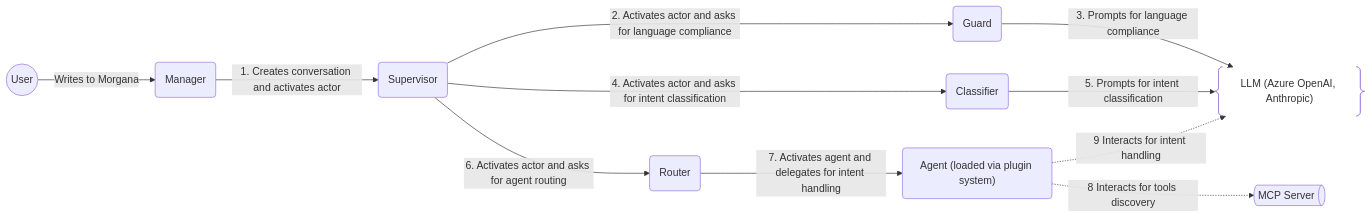
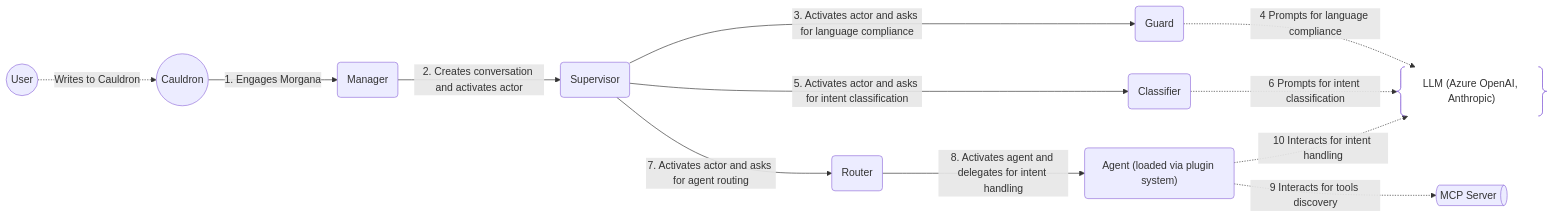
Before and after one commit to mdesalvo/Morgana: the first of 2 diagrams in README.md, drawn with Mermaid. The commit also changed other lines of this file, not shown here.

````diff
--- a/README.md
+++ b/README.md
@@ -47,18 +47,20 @@
 ```mermaid
 graph LR
-  U@{shape: circle, label: "User"} -- Writes to Morgana --> CM@{shape: rounded, label: "ConversationManager"}
-  CM@{shape: rounded, label: "Manager"} -- 1. Creates conversation and activates actor --> SV@{shape: rounded, label: "Supervisor"}
+  U@{shape: circle, label: "User"} -. Writes to Cauldron .-> CLD@{shape: rounded, label: "Cauldron"}
 
-  SV@{shape: rounded, label: "Supervisor"} -- 2. Activates actor and asks for language compliance --> G@{shape: rounded, label: "Guard"}
-  SV@{shape: rounded, label: "Supervisor"} -- 4. Activates actor and asks for intent classification --> C@{shape: rounded, label: "Classifier"}
-  SV@{shape: rounded, label: "Supervisor"} -- 6. Activates actor and asks for agent routing --> R@{shape: rounded, label: "Router"}
+  CLD@{shape: circle, label: "Cauldron"} -- 1. Engages Morgana --> CM@{shape: rounded, label: "ConversationManager"}
+  CM@{shape: rounded, label: "Manager"} -- 2. Creates conversation and activates actor --> SV@{shape: rounded, label: "Supervisor"}
 
-  G@{shape: rounded, label: "Guard"} -- 3. Prompts for language compliance --> LLM
+  SV@{shape: rounded, label: "Supervisor"} -- 3. Activates actor and asks for language compliance --> G@{shape: rounded, label: "Guard"}
+  SV@{shape: rounded, label: "Supervisor"} -- 5. Activates actor and asks for intent classification --> C@{shape: rounded, label: "Classifier"}
+  SV@{shape: rounded, label: "Supervisor"} -- 7. Activates actor and asks for agent routing --> R@{shape: rounded, label: "Router"}
 
-  C@{shape: rounded, label: "Classifier"} -- 5. Prompts for intent classification --> LLM
+  G@{shape: rounded, label: "Guard"} -. 4 Prompts for language compliance .-> LLM
 
-  R@{shape: rounded, label: "Router"} -- 7. Activates agent and delegates for intent handling --> MA@{shape: rounded, label: "Agent (loaded via plugin system)"}
+  C@{shape: rounded, label: "Classifier"} -. 6 Prompts for intent classification .-> LLM
 
-  MA@{shape: rounded, label: "Agent (loaded via plugin system)"} -. 8 Interacts for tools discovery .-> MCP@{shape: das, label: "MCP Server"}
-  MA@{shape: rounded, label: "Agent (loaded via plugin system)"} -. 9 Interacts for intent handling .-> LLM@{shape: braces, label: "LLM (Azure OpenAI, Anthropic)"}
+  R@{shape: rounded, label: "Router"} -- 8. Activates agent and delegates for intent handling --> MA@{shape: rounded, label: "Agent (loaded via plugin system)"}
+
+  MA@{shape: rounded, label: "Agent (loaded via plugin system)"} -. 9 Interacts for tools discovery .-> MCP@{shape: das, label: "MCP Server"}
+  MA@{shape: rounded, label: "Agent (loaded via plugin system)"} -. 10 Interacts for intent handling .-> LLM@{shape: braces, label: "LLM (Azure OpenAI, Anthropic)"}
 ```
````
